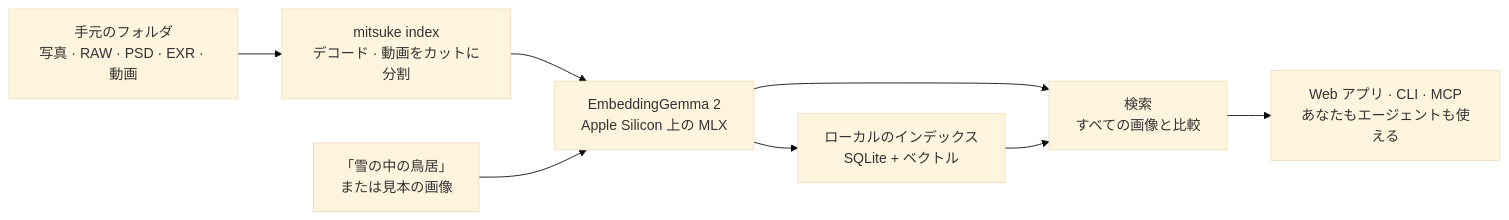
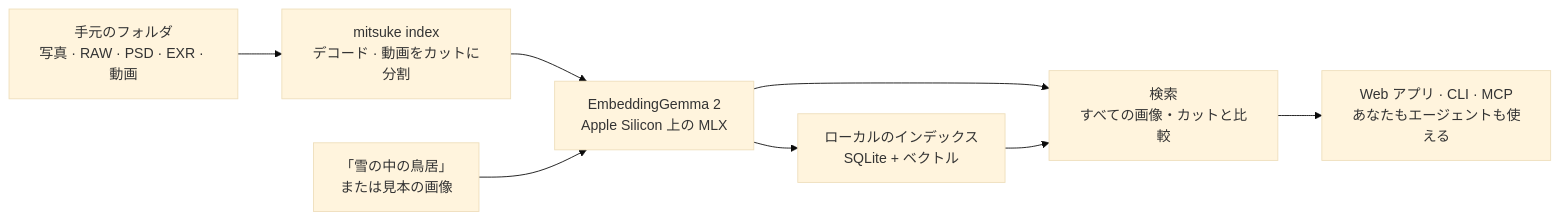
The diagram in README.ja.md (kanaworksai-hue/mitsuke), drawn with Mermaid (base theme) before and after one commit. The commit also changed other lines of this file and 10 other files, not shown here.

````diff
--- a/README.ja.md
+++ b/README.ja.md
@@ -48,10 +48,10 @@
 ```mermaid
 flowchart LR
     F["手元のフォルダ<br/>写真 · RAW · PSD · EXR · 動画"] --> I["mitsuke index<br/>デコード · 動画をカットに分割"]
     I --> M["EmbeddingGemma 2<br/>Apple Silicon 上の MLX"]
     M --> D["ローカルのインデックス<br/>SQLite + ベクトル"]
     Q["「雪の中の鳥居」<br/>または見本の画像"] --> M
-    M --> S["検索<br/>すべての画像と比較"]
+    M --> S["検索<br/>すべての画像・カットと比較"]
     D --> S
     S --> R["Web アプリ · CLI · MCP<br/>あなたもエージェントも使える"]
 ```
````
